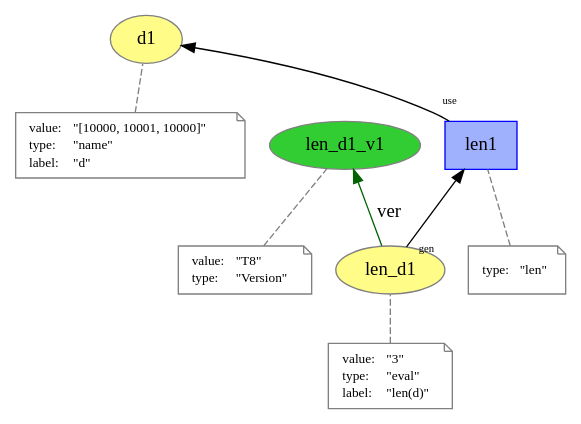
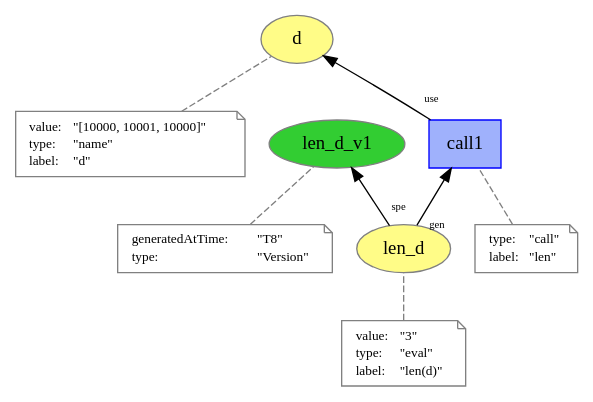
One commit to dew-uff/versioned-prov changed the diagram in explicit_versioned/call.dot. Above: the diagram before and after it, drawn with Graphviz. The commit also changed 53 other files, not shown here.

```diff
--- a/explicit_versioned/call.dot
+++ b/explicit_versioned/call.dot
@@ -1,57 +1,61 @@
 digraph "PROV" { size="16,12"; rankdir="BT";
-"http://example.org/d1" [fillcolor="#FFFC87",color="#808080",style="filled",label="d1",URL="http://example.org/d1"]
+"http://example.org/d" [fillcolor="#FFFC87",color="#808080",style="filled",label="d",URL="http://example.org/d"]
 "-attrs0" [color="gray",shape="note",fontsize="10",fontcolor="black",label=<<TABLE cellpadding="0" border="0">
 	<TR>
 	    <TD align="left">value:</TD>
 	    <TD align="left">&quot;[10000, 10001, 10000]&quot;</TD>
 	</TR>
 	<TR>
 	    <TD align="left">type:</TD>
 	    <TD align="left">&quot;name&quot;</TD>
 	</TR>
 	<TR>
 	    <TD align="left">label:</TD>
 	    <TD align="left">&quot;d&quot;</TD>
 	</TR>
 </TABLE>>]
-"-attrs0" -> "http://example.org/d1" [color="gray",style="dashed",arrowhead="none"]
-"http://example.org/len_d1" [fillcolor="#FFFC87",color="#808080",style="filled",label="len_d1",URL="http://example.org/len_d1"]
+"-attrs0" -> "http://example.org/d" [color="gray",style="dashed",arrowhead="none"]
+"http://example.org/len_d" [fillcolor="#FFFC87",color="#808080",style="filled",label="len_d",URL="http://example.org/len_d"]
 "-attrs1" [color="gray",shape="note",fontsize="10",fontcolor="black",label=<<TABLE cellpadding="0" border="0">
 	<TR>
 	    <TD align="left">value:</TD>
 	    <TD align="left">&quot;3&quot;</TD>
 	</TR>
 	<TR>
 	    <TD align="left">type:</TD>
 	    <TD align="left">&quot;eval&quot;</TD>
 	</TR>
 	<TR>
 	    <TD align="left">label:</TD>
 	    <TD align="left">&quot;len(d)&quot;</TD>
 	</TR>
 </TABLE>>]
-"-attrs1" -> "http://example.org/len_d1" [color="gray",style="dashed",arrowhead="none"]
-"http://example.org/len_d1_v1" [fillcolor="#32CD32",color="#808080",style="filled",label="len_d1_v1",URL="http://example.org/len_d1_v1"]
+"-attrs1" -> "http://example.org/len_d" [color="gray",style="dashed",arrowhead="none"]
+"http://example.org/len_d_v1" [fillcolor="#32CD32",color="#808080",style="filled",label="len_d_v1",URL="http://example.org/len_d_v1"]
 "-attrs2" [color="gray",shape="note",fontsize="10",fontcolor="black",label=<<TABLE cellpadding="0" border="0">
 	<TR>
-	    <TD align="left">value:</TD>
+	    <TD align="left">generatedAtTime:</TD>
 	    <TD align="left">&quot;T8&quot;</TD>
 	</TR>
 	<TR>
 	    <TD align="left">type:</TD>
 	    <TD align="left">&quot;Version&quot;</TD>
 	</TR>
 </TABLE>>]
-"-attrs2" -> "http://example.org/len_d1_v1" [color="gray",style="dashed",arrowhead="none"]
-"http://example.org/len_d1" -> "http://example.org/len_d1_v1" [labelfontsize="8",labeldistance="1.5",color="darkgreen",labelangle="60.0",rotation="20",label="ver"]
-"http://example.org/len1" [fillcolor="#9FB1FC",color="#0000FF",shape="polygon",sides="4",style="filled",label="len1",URL="http://example.org/len1"]
+"-attrs2" -> "http://example.org/len_d_v1" [color="gray",style="dashed",arrowhead="none"]
+"http://example.org/len_d" -> "http://example.org/len_d_v1" [labelfontsize="8",labeldistance="1.5",labelangle="60.0",rotation="20",taillabel="spe"]
+"http://example.org/call1" [fillcolor="#9FB1FC",color="#0000FF",shape="polygon",sides="4",style="filled",label="call1",URL="http://example.org/call1"]
 "-attrs3" [color="gray",shape="note",fontsize="10",fontcolor="black",label=<<TABLE cellpadding="0" border="0">
 	<TR>
 	    <TD align="left">type:</TD>
+	    <TD align="left">&quot;call&quot;</TD>
+	</TR>
+	<TR>
+	    <TD align="left">label:</TD>
 	    <TD align="left">&quot;len&quot;</TD>
 	</TR>
 </TABLE>>]
-"-attrs3" -> "http://example.org/len1" [color="gray",style="dashed",arrowhead="none"]
-"http://example.org/len1" -> "http://example.org/d1" [labelfontsize="8",labeldistance="1.5",labelangle="60.0",rotation="20",taillabel="use"]
-"http://example.org/len_d1" -> "http://example.org/len1" [labelfontsize="8",labeldistance="1.5",labelangle="60.0",rotation="20",taillabel="gen"]
+"-attrs3" -> "http://example.org/call1" [color="gray",style="dashed",arrowhead="none"]
+"http://example.org/call1" -> "http://example.org/d" [labelfontsize="8",labeldistance="1.5",labelangle="60.0",rotation="20",taillabel="use"]
+"http://example.org/len_d" -> "http://example.org/call1" [labelfontsize="8",labeldistance="1.5",labelangle="60.0",rotation="20",taillabel="gen"]
 }
```
